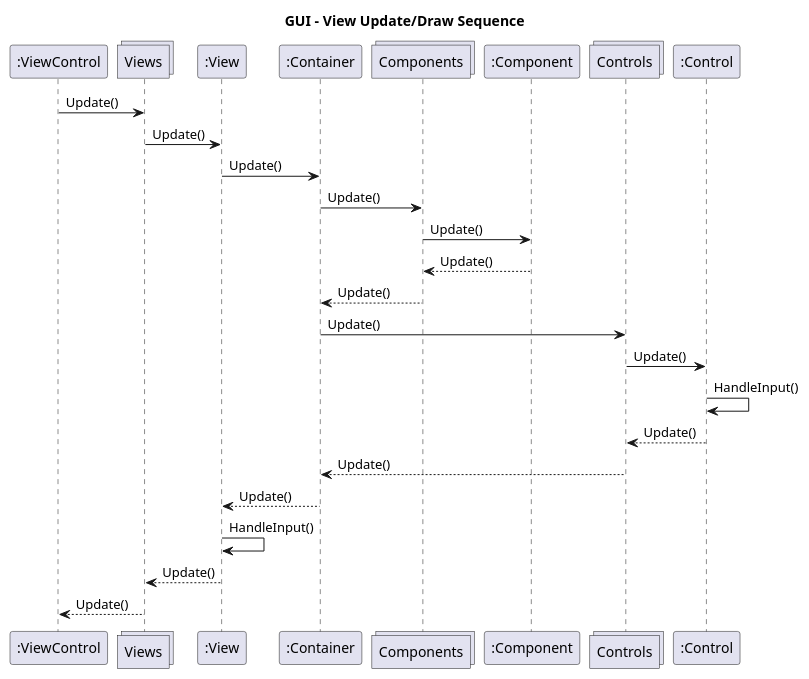
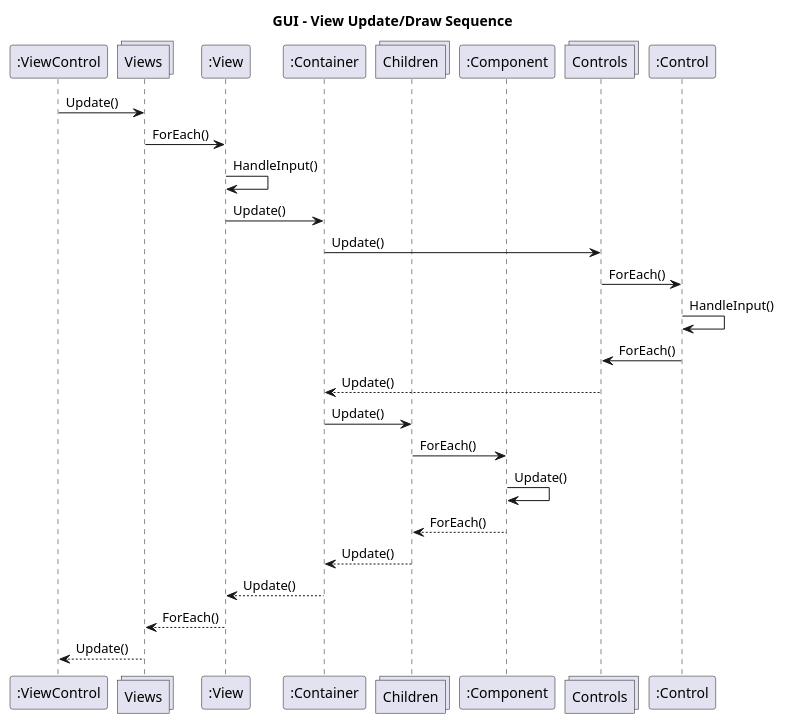
Before and after one commit to hdainester/mgx: the diagram in uml/sequence/view.puml, drawn with PlantUML. The commit also changed 1 other file, not shown here.

Commit message:
- tweaked layout class diagram - tweakd update sequence diagram

```diff
--- a/uml/sequence/view.puml
+++ b/uml/sequence/view.puml
@@ -1,36 +1,35 @@
 @startuml ViewSequence
 title GUI - View Update/Draw Sequence
 
 participant ":ViewControl" as ViewControl
 
 collections "Views" as Views
 participant ":View" as View
 
 participant ":Container" as Container
 
-collections "Components" as Components
-note right: Children
+collections "Children" as Components
 participant ":Component" as Component
 
 collections "Controls" as Controls
-note right: Children
 participant ":Control" as Control
 
 ViewControl -> Views : Update()
-Views -> View : Update()
-View -> Container: Update()
-Container -> Components: Update()
-Components -> Component: Update()
-Components <-- Component: Update()
-Container <-- Components: Update()
-Container -> Controls: Update()
-Controls -> Control: Update()
-Control -> Control: HandleInput()
-Controls <-- Control: Update()
-Container <-- Controls: Update()
-View <-- Container: Update()
-View -> View: HandleInput()
-Views <-- View : Update()
+    Views -> View : ForEach()
+        View -> View : HandleInput()
+        View -> Container : Update()
+            Container -> Controls : Update()
+                Controls -> Control : ForEach()
+                    Control -> Control : HandleInput()
+                Controls <- Control : ForEach()
+            Container <-- Controls : Update()
+            Container -> Components : Update()
+                Components -> Component : ForEach()
+                    Component -> Component : Update()
+                Components <-- Component : ForEach()
+            Container <-- Components : Update()
+        View <-- Container : Update()
+    Views <-- View : ForEach()
 ViewControl <-- Views : Update()
 
 @enduml
```
